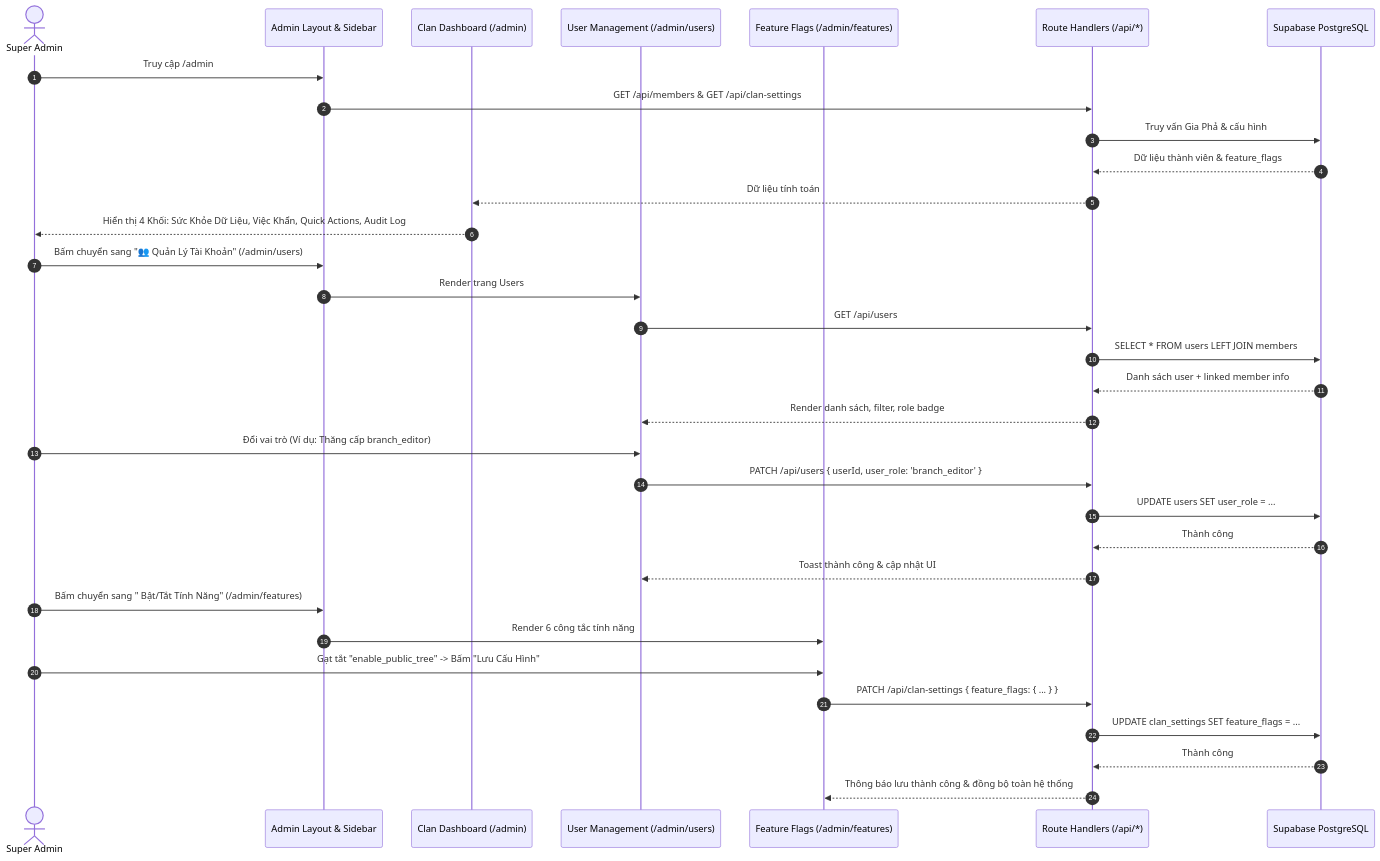
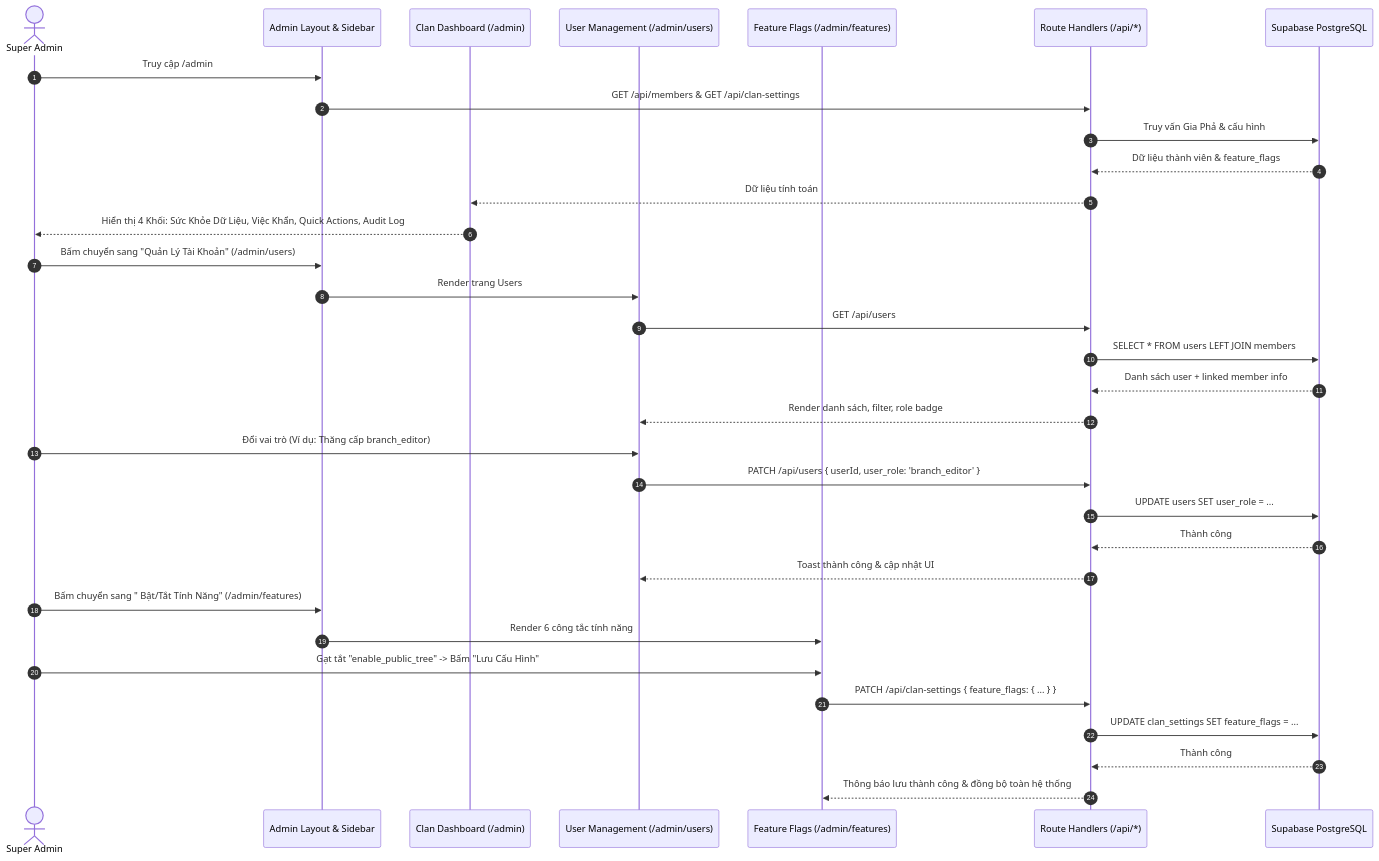
Before and after one commit to giappt/gia-pha: the first of 8 diagrams in docs/16_Micro-Spec_Milestone_7_Admin_Portal_Reorganization.md, drawn with Mermaid. The commit also changed other lines of this file and 49 other files, not shown here.

````diff
--- a/docs/16_Micro-Spec_Milestone_7_Admin_Portal_Reorganization.md
+++ b/docs/16_Micro-Spec_Milestone_7_Admin_Portal_Reorganization.md
@@ -56,38 +56,38 @@
 ```mermaid
 sequenceDiagram
     autonumber
     actor Admin as Super Admin
     participant Shell as Admin Layout & Sidebar
     participant Dash as Clan Dashboard (/admin)
     participant UsersPage as User Management (/admin/users)
     participant FeatPage as Feature Flags (/admin/features)
     participant API as Route Handlers (/api/*)
     participant DB as Supabase PostgreSQL
 
     Admin->>Shell: Truy cập /admin
     Shell->>API: GET /api/members & GET /api/clan-settings
     API->>DB: Truy vấn Gia Phả & cấu hình
     DB-->>API: Dữ liệu thành viên & feature_flags
     API-->>Dash: Dữ liệu tính toán
     Dash-->>Admin: Hiển thị 4 Khối: Sức Khỏe Dữ Liệu, Việc Khẩn, Quick Actions, Audit Log
 
-    Admin->>Shell: Bấm chuyển sang "👥 Quản Lý Tài Khoản" (/admin/users)
+    Admin->>Shell: Bấm chuyển sang "Quản Lý Tài Khoản" (/admin/users)
     Shell->>UsersPage: Render trang Users
     UsersPage->>API: GET /api/users
     API->>DB: SELECT * FROM users LEFT JOIN members
     DB-->>API: Danh sách user + linked member info
     API-->>UsersPage: Render danh sách, filter, role badge
     Admin->>UsersPage: Đổi vai trò (Ví dụ: Thăng cấp branch_editor)
     UsersPage->>API: PATCH /api/users { userId, user_role: 'branch_editor' }
     API->>DB: UPDATE users SET user_role = ...
     DB-->>API: Thành công
     API-->>UsersPage: Toast thành công & cập nhật UI
 
     Admin->>Shell: Bấm chuyển sang " Bật/Tắt Tính Năng" (/admin/features)
     Shell->>FeatPage: Render 6 công tắc tính năng
     Admin->>FeatPage: Gạt tắt "enable_public_tree" -> Bấm "Lưu Cấu Hình"
     FeatPage->>API: PATCH /api/clan-settings { feature_flags: { ... } }
     API->>DB: UPDATE clan_settings SET feature_flags = ...
     DB-->>API: Thành công
     API-->>FeatPage: Thông báo lưu thành công & đồng bộ toàn hệ thống
 ```
````
